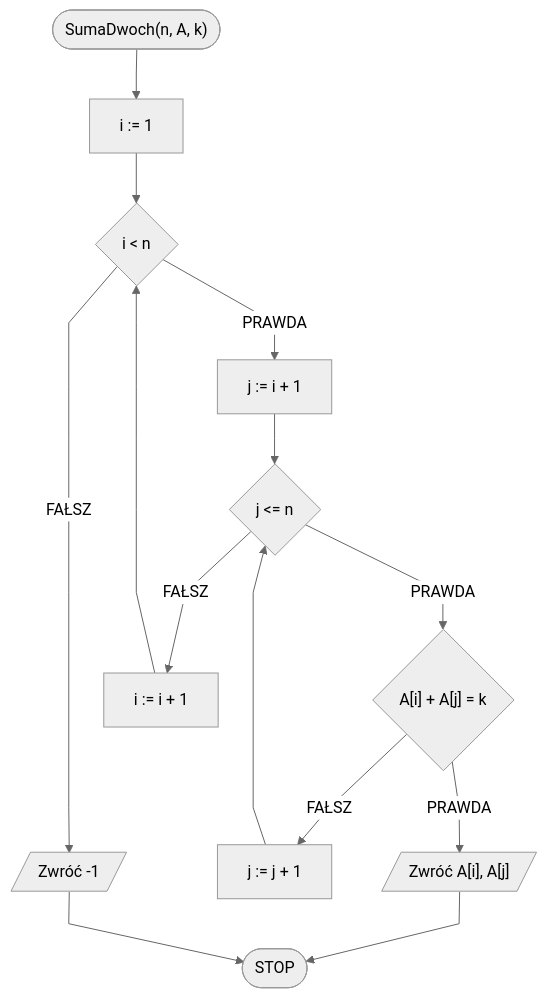
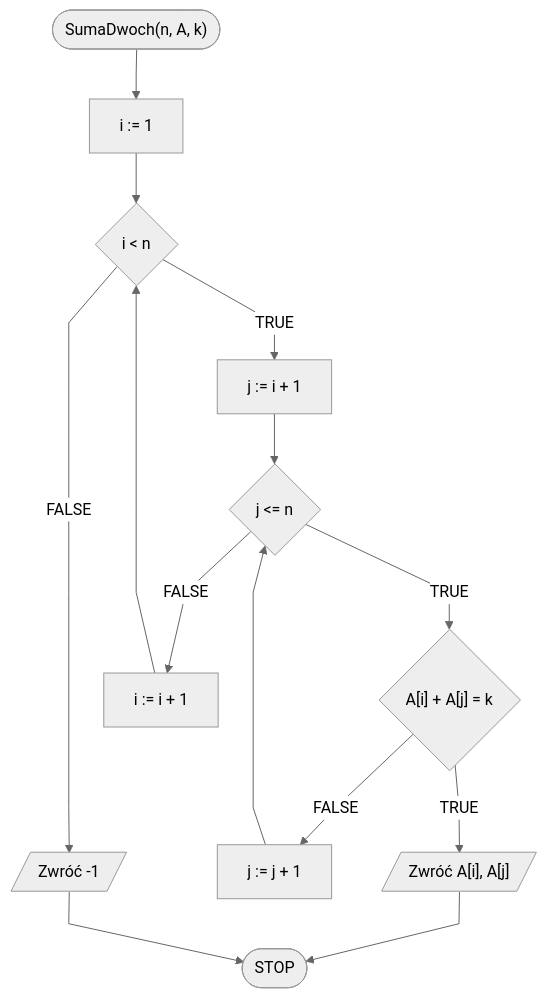
Before and after one commit to blackbat13/edu-cs-htiew-en: the first of 2 diagrams in docs/algorithms/searching/sum-of-two.md, drawn with Mermaid. The commit also changed other lines of this file and 682 other files, not shown here.

````diff
--- a/docs/algorithms/searching/sum-of-two.md
+++ b/docs/algorithms/searching/sum-of-two.md
@@ -54,17 +54,17 @@
 ```mermaid
 %%{init: {"flowchart": {"curve": "linear"}, "theme": "neutral"} }%%
 flowchart TD
 	START(["SumaDwoch(n, A, k)"]) --> K0[i := 1]
 	K0 --> K1{i < n}
-	K1 -- PRAWDA --> K2p[j := i + 1]
+	K1 -- TRUE --> K2p[j := i + 1]
 	K2p --> K2{j <= n}
-	K2 -- PRAWDA --> K3{"A[i] + A[j] = k"}
-	K3 -- PRAWDA --> K4[/"Zwróć A[i], A[j]"/]
+	K2 -- TRUE --> K3{"A[i] + A[j] = k"}
+	K3 -- TRUE --> K4[/"Zwróć A[i], A[j]"/]
 	K4 --> STOP([STOP])
-	K3 -- FAŁSZ --> K2i[j := j + 1]
+	K3 -- FALSE --> K2i[j := j + 1]
 	K2i --> K2
-	K2 -- FAŁSZ --> K1i[i := i + 1]
+	K2 -- FALSE --> K1i[i := i + 1]
 	K1i --> K1
-	K1 -- FAŁSZ --> K6[/Zwróć -1/]
+	K1 -- FALSE --> K6[/Zwróć -1/]
 	K6 --> STOP
 ```
````
